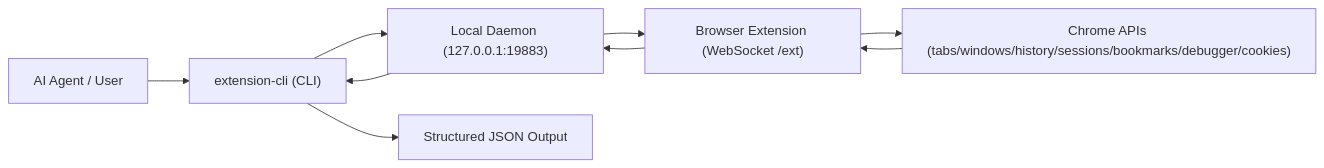
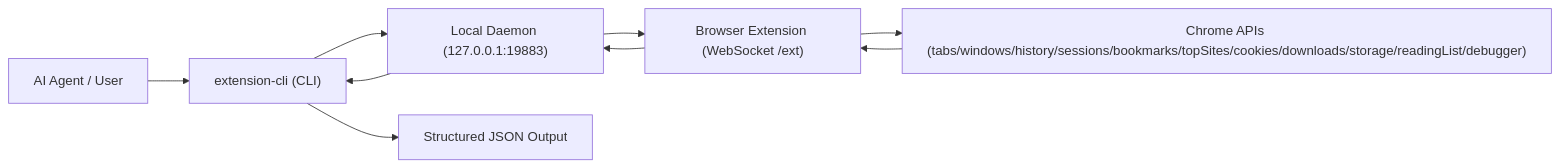
Before and after one commit to extension-cli/extension-cli: the diagram in README.md, drawn with Mermaid. The commit also changed other lines of this file and 20 other files, not shown here.

````diff
--- a/README.md
+++ b/README.md
@@ -14,11 +14,11 @@
 ```mermaid
 flowchart LR
   A["AI Agent / User"] --> B["extension-cli (CLI)"]
   B --> C["Local Daemon (127.0.0.1:19883)"]
   C --> D["Browser Extension (WebSocket /ext)"]
-  D --> E["Chrome APIs (tabs/windows/history/sessions/bookmarks/debugger/cookies)"]
+  D --> E["Chrome APIs (tabs/windows/history/sessions/bookmarks/topSites/cookies/downloads/storage/readingList/debugger)"]
   E --> D
   D --> C
   C --> B
   B --> F["Structured JSON Output"]
 ```
````
